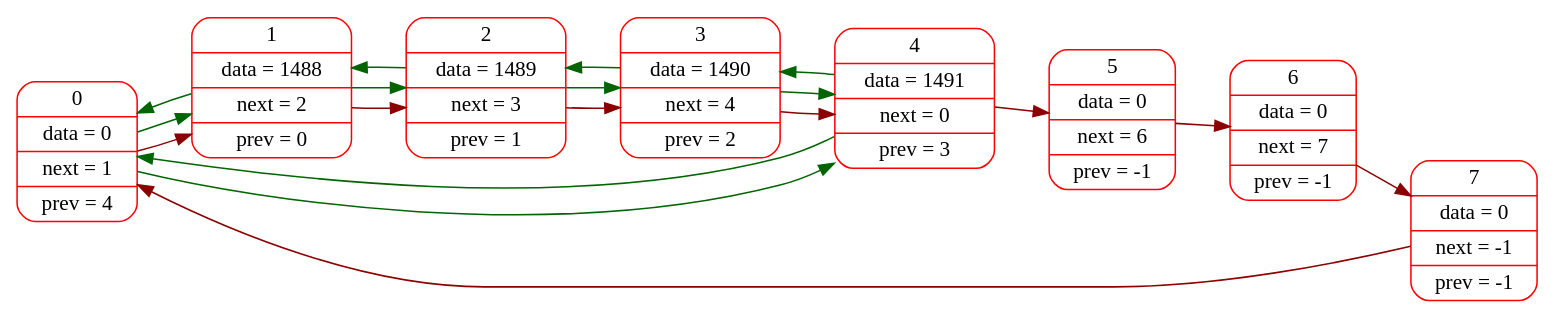
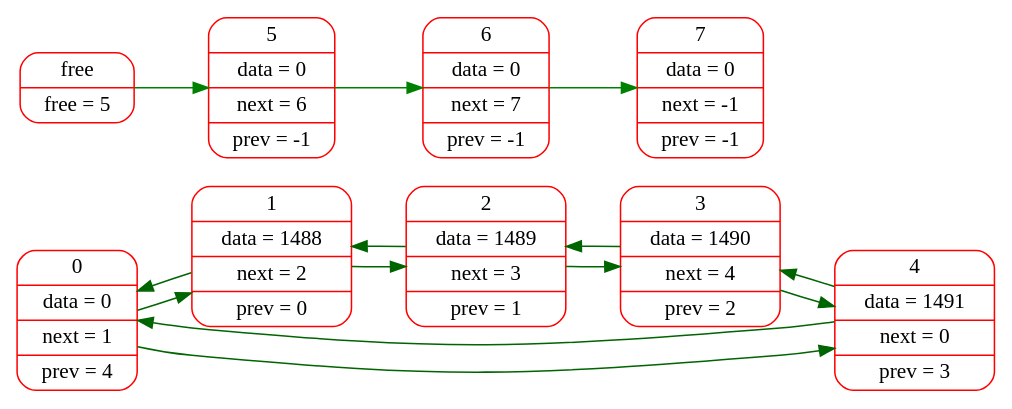
The diagram in logs/dot_files/004.dot (sevaphasol/list), drawn with Graphviz before and after one commit. The commit also changed 21 other files, not shown here.

```diff
--- a/logs/dot_files/004.dot
+++ b/logs/dot_files/004.dot
@@ -1,18 +1,19 @@
 digraph G{
 rankdir=LR;
 node[color="red",fontsize=14];
 elem0[shape="Mrecord", label="0 | data = 0 | next = 1 | prev = 4"];
 elem1[shape="Mrecord", label="1 | data = 1488 | next = 2 | prev = 0"];
 elem2[shape="Mrecord", label="2 | data = 1489 | next = 3 | prev = 1"];
 elem3[shape="Mrecord", label="3 | data = 1490 | next = 4 | prev = 2"];
 elem4[shape="Mrecord", label="4 | data = 1491 | next = 0 | prev = 3"];
-elem5[shape="Mrecord", label="5 | data = 0 | next = 6 | prev = -1"];
-elem6[shape="Mrecord", label="6 | data = 0 | next = 7 | prev = -1"];
-elem7[shape="Mrecord", label="7 | data = 0 | next = -1 | prev = -1"];
-edge[color="darkred",fontsize=12, penwidth=1, weight=1000];
-elem0->elem1->elem2->elem3->elem4->elem5->elem6->elem7->elem0;
 edge[color="darkgreen",fontsize=12, penwidth=1];
 elem0->elem1->elem2->elem3->elem4->elem0;
 edge[color="darkgreen",fontsize=12, penwidth=1];
 elem0->elem4->elem3->elem2->elem1->elem0;
+free[shape="Mrecord", label="free | free = 5"];
+free_elem5[shape="Mrecord", label="5 | data = 0 | next = 6 | prev = -1"];
+free_elem6[shape="Mrecord", label="6 | data = 0 | next = 7 | prev = -1"];
+free_elem7[shape="Mrecord", label="7 | data = 0 | next = -1 | prev = -1"];
+edge[color="green",fontsize=12, penwidth=1];
+free->free_elem5->free_elem6->free_elem7;
 }
```
